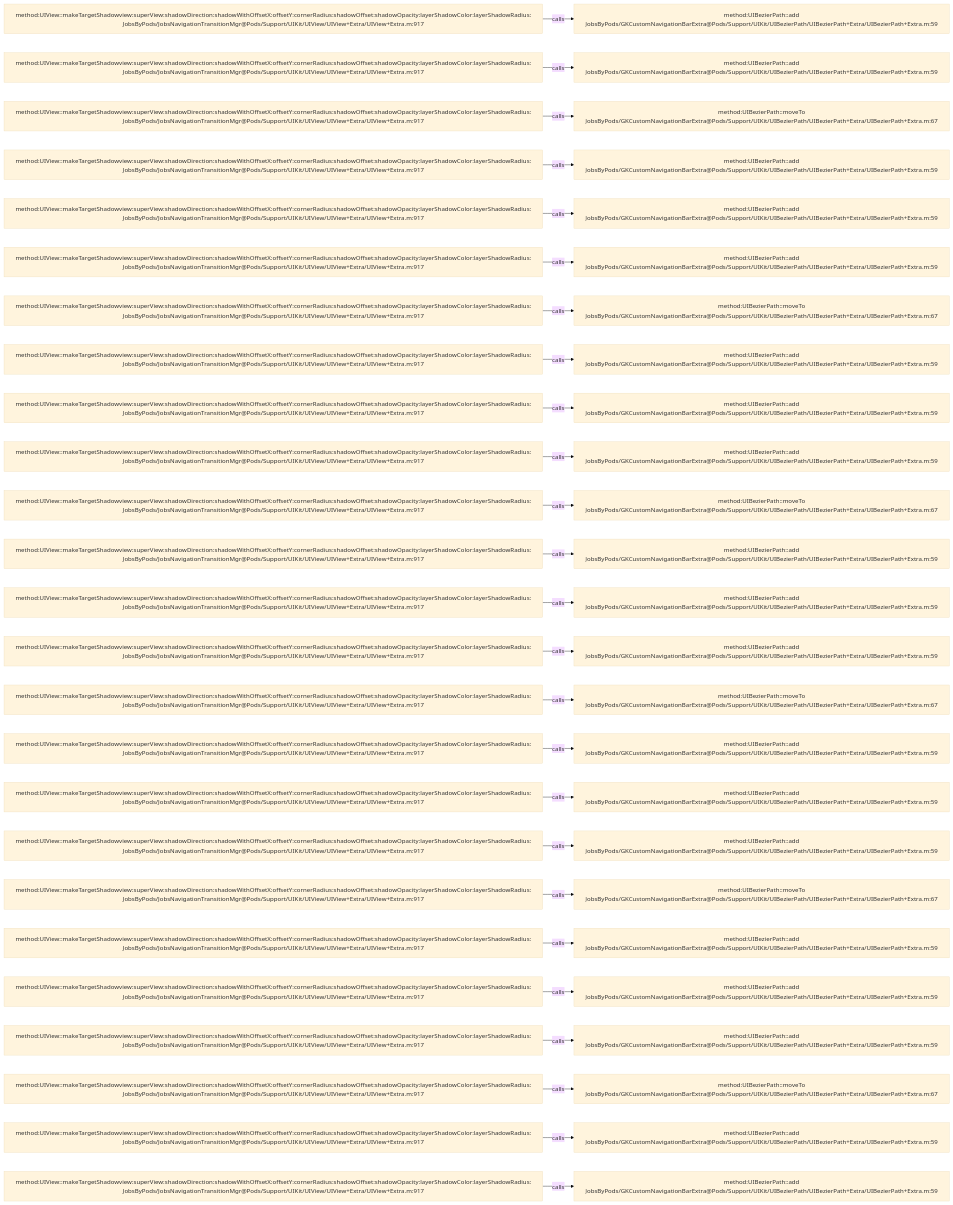
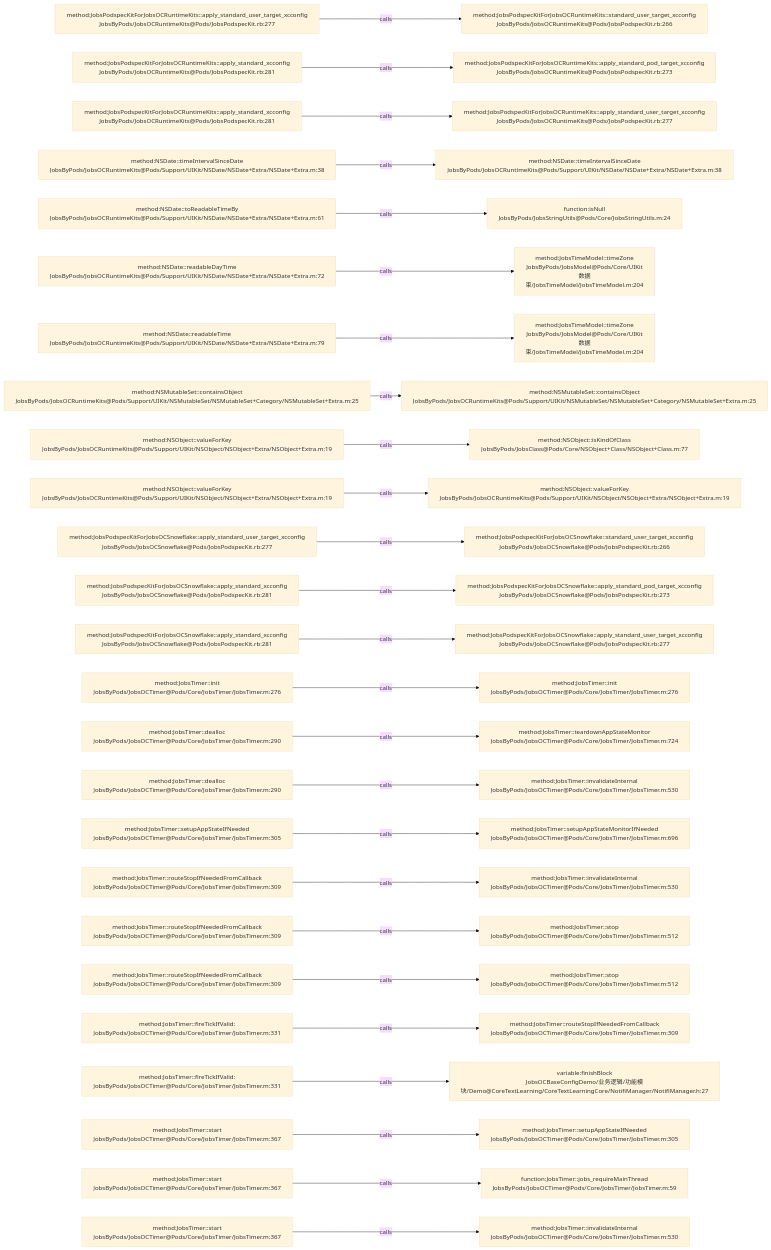
One commit to JobsKits/JobsOCBaseConfigDemo changed the diagram in .codegraph/codegraph.md/graphs/calls-138.md. Above: the diagram before and after it, drawn with Mermaid (base theme). The commit also changed 639 other files, not shown here.

````diff
--- a/.codegraph/codegraph.md/graphs/calls-138.md
+++ b/.codegraph/codegraph.md/graphs/calls-138.md
@@ -13,78 +13,78 @@
 ```mermaid
 flowchart LR
-  S1["method:UIView::makeTargetShadowview:superView:shadowDirection:shadowWithOffsetX:offsetY:cornerRadius:shadowOffset:shadowOpacity:layerShadowColor:layerShadowRadius:<br/>JobsByPods/JobsNavigationTransitionMgr@Pods/Support/UIKit/UIView/UIView+Extra/UIView+Extra.m:917"]
-  T1["method:UIBezierPath::add<br/>JobsByPods/GKCustomNavigationBarExtra@Pods/Support/UIKit/UIBezierPath/UIBezierPath+Extra/UIBezierPath+Extra.m:59"]
+  S1["method:JobsPodspecKitForJobsOCRuntimeKits::apply_standard_user_target_xcconfig<br/>JobsByPods/JobsOCRuntimeKits@Pods/JobsPodspecKit.rb:277"]
+  T1["method:JobsPodspecKitForJobsOCRuntimeKits::standard_user_target_xcconfig<br/>JobsByPods/JobsOCRuntimeKits@Pods/JobsPodspecKit.rb:266"]
   S1 -->|calls| T1
-  S2["method:UIView::makeTargetShadowview:superView:shadowDirection:shadowWithOffsetX:offsetY:cornerRadius:shadowOffset:shadowOpacity:layerShadowColor:layerShadowRadius:<br/>JobsByPods/JobsNavigationTransitionMgr@Pods/Support/UIKit/UIView/UIView+Extra/UIView+Extra.m:917"]
-  T2["method:UIBezierPath::add<br/>JobsByPods/GKCustomNavigationBarExtra@Pods/Support/UIKit/UIBezierPath/UIBezierPath+Extra/UIBezierPath+Extra.m:59"]
+  S2["method:JobsPodspecKitForJobsOCRuntimeKits::apply_standard_xcconfig<br/>JobsByPods/JobsOCRuntimeKits@Pods/JobsPodspecKit.rb:281"]
+  T2["method:JobsPodspecKitForJobsOCRuntimeKits::apply_standard_pod_target_xcconfig<br/>JobsByPods/JobsOCRuntimeKits@Pods/JobsPodspecKit.rb:273"]
   S2 -->|calls| T2
-  S3["method:UIView::makeTargetShadowview:superView:shadowDirection:shadowWithOffsetX:offsetY:cornerRadius:shadowOffset:shadowOpacity:layerShadowColor:layerShadowRadius:<br/>JobsByPods/JobsNavigationTransitionMgr@Pods/Support/UIKit/UIView/UIView+Extra/UIView+Extra.m:917"]
-  T3["method:UIBezierPath::moveTo<br/>JobsByPods/GKCustomNavigationBarExtra@Pods/Support/UIKit/UIBezierPath/UIBezierPath+Extra/UIBezierPath+Extra.m:67"]
+  S3["method:JobsPodspecKitForJobsOCRuntimeKits::apply_standard_xcconfig<br/>JobsByPods/JobsOCRuntimeKits@Pods/JobsPodspecKit.rb:281"]
+  T3["method:JobsPodspecKitForJobsOCRuntimeKits::apply_standard_user_target_xcconfig<br/>JobsByPods/JobsOCRuntimeKits@Pods/JobsPodspecKit.rb:277"]
   S3 -->|calls| T3
-  S4["method:UIView::makeTargetShadowview:superView:shadowDirection:shadowWithOffsetX:offsetY:cornerRadius:shadowOffset:shadowOpacity:layerShadowColor:layerShadowRadius:<br/>JobsByPods/JobsNavigationTransitionMgr@Pods/Support/UIKit/UIView/UIView+Extra/UIView+Extra.m:917"]
-  T4["method:UIBezierPath::add<br/>JobsByPods/GKCustomNavigationBarExtra@Pods/Support/UIKit/UIBezierPath/UIBezierPath+Extra/UIBezierPath+Extra.m:59"]
+  S4["method:NSDate::timeIntervalSinceDate<br/>JobsByPods/JobsOCRuntimeKits@Pods/Support/UIKit/NSDate/NSDate+Extra/NSDate+Extra.m:38"]
+  T4["method:NSDate::timeIntervalSinceDate<br/>JobsByPods/JobsOCRuntimeKits@Pods/Support/UIKit/NSDate/NSDate+Extra/NSDate+Extra.m:38"]
   S4 -->|calls| T4
-  S5["method:UIView::makeTargetShadowview:superView:shadowDirection:shadowWithOffsetX:offsetY:cornerRadius:shadowOffset:shadowOpacity:layerShadowColor:layerShadowRadius:<br/>JobsByPods/JobsNavigationTransitionMgr@Pods/Support/UIKit/UIView/UIView+Extra/UIView+Extra.m:917"]
-  T5["method:UIBezierPath::add<br/>JobsByPods/GKCustomNavigationBarExtra@Pods/Support/UIKit/UIBezierPath/UIBezierPath+Extra/UIBezierPath+Extra.m:59"]
+  S5["method:NSDate::toReadableTimeBy<br/>JobsByPods/JobsOCRuntimeKits@Pods/Support/UIKit/NSDate/NSDate+Extra/NSDate+Extra.m:61"]
+  T5["function:isNull<br/>JobsByPods/JobsStringUtils@Pods/Core/JobsStringUtils.m:24"]
   S5 -->|calls| T5
-  S6["method:UIView::makeTargetShadowview:superView:shadowDirection:shadowWithOffsetX:offsetY:cornerRadius:shadowOffset:shadowOpacity:layerShadowColor:layerShadowRadius:<br/>JobsByPods/JobsNavigationTransitionMgr@Pods/Support/UIKit/UIView/UIView+Extra/UIView+Extra.m:917"]
-  T6["method:UIBezierPath::add<br/>JobsByPods/GKCustomNavigationBarExtra@Pods/Support/UIKit/UIBezierPath/UIBezierPath+Extra/UIBezierPath+Extra.m:59"]
+  S6["method:NSDate::readableDayTime<br/>JobsByPods/JobsOCRuntimeKits@Pods/Support/UIKit/NSDate/NSDate+Extra/NSDate+Extra.m:72"]
+  T6["method:JobsTimeModel::timeZone<br/>JobsByPods/JobsModel@Pods/Core/UIKit数据束/JobsTimeModel/JobsTimeModel.m:204"]
   S6 -->|calls| T6
-  S7["method:UIView::makeTargetShadowview:superView:shadowDirection:shadowWithOffsetX:offsetY:cornerRadius:shadowOffset:shadowOpacity:layerShadowColor:layerShadowRadius:<br/>JobsByPods/JobsNavigationTransitionMgr@Pods/Support/UIKit/UIView/UIView+Extra/UIView+Extra.m:917"]
-  T7["method:UIBezierPath::moveTo<br/>JobsByPods/GKCustomNavigationBarExtra@Pods/Support/UIKit/UIBezierPath/UIBezierPath+Extra/UIBezierPath+Extra.m:67"]
+  S7["method:NSDate::readableTime<br/>JobsByPods/JobsOCRuntimeKits@Pods/Support/UIKit/NSDate/NSDate+Extra/NSDate+Extra.m:79"]
+  T7["method:JobsTimeModel::timeZone<br/>JobsByPods/JobsModel@Pods/Core/UIKit数据束/JobsTimeModel/JobsTimeModel.m:204"]
   S7 -->|calls| T7
-  S8["method:UIView::makeTargetShadowview:superView:shadowDirection:shadowWithOffsetX:offsetY:cornerRadius:shadowOffset:shadowOpacity:layerShadowColor:layerShadowRadius:<br/>JobsByPods/JobsNavigationTransitionMgr@Pods/Support/UIKit/UIView/UIView+Extra/UIView+Extra.m:917"]
-  T8["method:UIBezierPath::add<br/>JobsByPods/GKCustomNavigationBarExtra@Pods/Support/UIKit/UIBezierPath/UIBezierPath+Extra/UIBezierPath+Extra.m:59"]
+  S8["method:NSMutableSet::containsObject<br/>JobsByPods/JobsOCRuntimeKits@Pods/Support/UIKit/NSMutableSet/NSMutableSet+Category/NSMutableSet+Extra.m:25"]
+  T8["method:NSMutableSet::containsObject<br/>JobsByPods/JobsOCRuntimeKits@Pods/Support/UIKit/NSMutableSet/NSMutableSet+Category/NSMutableSet+Extra.m:25"]
   S8 -->|calls| T8
-  S9["method:UIView::makeTargetShadowview:superView:shadowDirection:shadowWithOffsetX:offsetY:cornerRadius:shadowOffset:shadowOpacity:layerShadowColor:layerShadowRadius:<br/>JobsByPods/JobsNavigationTransitionMgr@Pods/Support/UIKit/UIView/UIView+Extra/UIView+Extra.m:917"]
-  T9["method:UIBezierPath::add<br/>JobsByPods/GKCustomNavigationBarExtra@Pods/Support/UIKit/UIBezierPath/UIBezierPath+Extra/UIBezierPath+Extra.m:59"]
+  S9["method:NSObject::valueForKey<br/>JobsByPods/JobsOCRuntimeKits@Pods/Support/UIKit/NSObject/NSObject+Extra/NSObject+Extra.m:19"]
+  T9["method:NSObject::isKindOfClass<br/>JobsByPods/JobsClass@Pods/Core/NSObject+Class/NSObject+Class.m:77"]
   S9 -->|calls| T9
-  S10["method:UIView::makeTargetShadowview:superView:shadowDirection:shadowWithOffsetX:offsetY:cornerRadius:shadowOffset:shadowOpacity:layerShadowColor:layerShadowRadius:<br/>JobsByPods/JobsNavigationTransitionMgr@Pods/Support/UIKit/UIView/UIView+Extra/UIView+Extra.m:917"]
-  T10["method:UIBezierPath::add<br/>JobsByPods/GKCustomNavigationBarExtra@Pods/Support/UIKit/UIBezierPath/UIBezierPath+Extra/UIBezierPath+Extra.m:59"]
+  S10["method:NSObject::valueForKey<br/>JobsByPods/JobsOCRuntimeKits@Pods/Support/UIKit/NSObject/NSObject+Extra/NSObject+Extra.m:19"]
+  T10["method:NSObject::valueForKey<br/>JobsByPods/JobsOCRuntimeKits@Pods/Support/UIKit/NSObject/NSObject+Extra/NSObject+Extra.m:19"]
   S10 -->|calls| T10
-  S11["method:UIView::makeTargetShadowview:superView:shadowDirection:shadowWithOffsetX:offsetY:cornerRadius:shadowOffset:shadowOpacity:layerShadowColor:layerShadowRadius:<br/>JobsByPods/JobsNavigationTransitionMgr@Pods/Support/UIKit/UIView/UIView+Extra/UIView+Extra.m:917"]
-  T11["method:UIBezierPath::moveTo<br/>JobsByPods/GKCustomNavigationBarExtra@Pods/Support/UIKit/UIBezierPath/UIBezierPath+Extra/UIBezierPath+Extra.m:67"]
+  S11["method:JobsPodspecKitForJobsOCSnowflake::apply_standard_user_target_xcconfig<br/>JobsByPods/JobsOCSnowflake@Pods/JobsPodspecKit.rb:277"]
+  T11["method:JobsPodspecKitForJobsOCSnowflake::standard_user_target_xcconfig<br/>JobsByPods/JobsOCSnowflake@Pods/JobsPodspecKit.rb:266"]
   S11 -->|calls| T11
-  S12["method:UIView::makeTargetShadowview:superView:shadowDirection:shadowWithOffsetX:offsetY:cornerRadius:shadowOffset:shadowOpacity:layerShadowColor:layerShadowRadius:<br/>JobsByPods/JobsNavigationTransitionMgr@Pods/Support/UIKit/UIView/UIView+Extra/UIView+Extra.m:917"]
-  T12["method:UIBezierPath::add<br/>JobsByPods/GKCustomNavigationBarExtra@Pods/Support/UIKit/UIBezierPath/UIBezierPath+Extra/UIBezierPath+Extra.m:59"]
+  S12["method:JobsPodspecKitForJobsOCSnowflake::apply_standard_xcconfig<br/>JobsByPods/JobsOCSnowflake@Pods/JobsPodspecKit.rb:281"]
+  T12["method:JobsPodspecKitForJobsOCSnowflake::apply_standard_pod_target_xcconfig<br/>JobsByPods/JobsOCSnowflake@Pods/JobsPodspecKit.rb:273"]
   S12 -->|calls| T12
-  S13["method:UIView::makeTargetShadowview:superView:shadowDirection:shadowWithOffsetX:offsetY:cornerRadius:shadowOffset:shadowOpacity:layerShadowColor:layerShadowRadius:<br/>JobsByPods/JobsNavigationTransitionMgr@Pods/Support/UIKit/UIView/UIView+Extra/UIView+Extra.m:917"]
-  T13["method:UIBezierPath::add<br/>JobsByPods/GKCustomNavigationBarExtra@Pods/Support/UIKit/UIBezierPath/UIBezierPath+Extra/UIBezierPath+Extra.m:59"]
+  S13["method:JobsPodspecKitForJobsOCSnowflake::apply_standard_xcconfig<br/>JobsByPods/JobsOCSnowflake@Pods/JobsPodspecKit.rb:281"]
+  T13["method:JobsPodspecKitForJobsOCSnowflake::apply_standard_user_target_xcconfig<br/>JobsByPods/JobsOCSnowflake@Pods/JobsPodspecKit.rb:277"]
   S13 -->|calls| T13
-  S14["method:UIView::makeTargetShadowview:superView:shadowDirection:shadowWithOffsetX:offsetY:cornerRadius:shadowOffset:shadowOpacity:layerShadowColor:layerShadowRadius:<br/>JobsByPods/JobsNavigationTransitionMgr@Pods/Support/UIKit/UIView/UIView+Extra/UIView+Extra.m:917"]
-  T14["method:UIBezierPath::add<br/>JobsByPods/GKCustomNavigationBarExtra@Pods/Support/UIKit/UIBezierPath/UIBezierPath+Extra/UIBezierPath+Extra.m:59"]
+  S14["method:JobsTimer::init<br/>JobsByPods/JobsOCTimer@Pods/Core/JobsTimer/JobsTimer.m:276"]
+  T14["method:JobsTimer::init<br/>JobsByPods/JobsOCTimer@Pods/Core/JobsTimer/JobsTimer.m:276"]
   S14 -->|calls| T14
-  S15["method:UIView::makeTargetShadowview:superView:shadowDirection:shadowWithOffsetX:offsetY:cornerRadius:shadowOffset:shadowOpacity:layerShadowColor:layerShadowRadius:<br/>JobsByPods/JobsNavigationTransitionMgr@Pods/Support/UIKit/UIView/UIView+Extra/UIView+Extra.m:917"]
-  T15["method:UIBezierPath::moveTo<br/>JobsByPods/GKCustomNavigationBarExtra@Pods/Support/UIKit/UIBezierPath/UIBezierPath+Extra/UIBezierPath+Extra.m:67"]
+  S15["method:JobsTimer::dealloc<br/>JobsByPods/JobsOCTimer@Pods/Core/JobsTimer/JobsTimer.m:290"]
+  T15["method:JobsTimer::teardownAppStateMonitor<br/>JobsByPods/JobsOCTimer@Pods/Core/JobsTimer/JobsTimer.m:724"]
   S15 -->|calls| T15
-  S16["method:UIView::makeTargetShadowview:superView:shadowDirection:shadowWithOffsetX:offsetY:cornerRadius:shadowOffset:shadowOpacity:layerShadowColor:layerShadowRadius:<br/>JobsByPods/JobsNavigationTransitionMgr@Pods/Support/UIKit/UIView/UIView+Extra/UIView+Extra.m:917"]
-  T16["method:UIBezierPath::add<br/>JobsByPods/GKCustomNavigationBarExtra@Pods/Support/UIKit/UIBezierPath/UIBezierPath+Extra/UIBezierPath+Extra.m:59"]
+  S16["method:JobsTimer::dealloc<br/>JobsByPods/JobsOCTimer@Pods/Core/JobsTimer/JobsTimer.m:290"]
+  T16["method:JobsTimer::invalidateInternal<br/>JobsByPods/JobsOCTimer@Pods/Core/JobsTimer/JobsTimer.m:530"]
   S16 -->|calls| T16
-  S17["method:UIView::makeTargetShadowview:superView:shadowDirection:shadowWithOffsetX:offsetY:cornerRadius:shadowOffset:shadowOpacity:layerShadowColor:layerShadowRadius:<br/>JobsByPods/JobsNavigationTransitionMgr@Pods/Support/UIKit/UIView/UIView+Extra/UIView+Extra.m:917"]
-  T17["method:UIBezierPath::add<br/>JobsByPods/GKCustomNavigationBarExtra@Pods/Support/UIKit/UIBezierPath/UIBezierPath+Extra/UIBezierPath+Extra.m:59"]
+  S17["method:JobsTimer::setupAppStateIfNeeded<br/>JobsByPods/JobsOCTimer@Pods/Core/JobsTimer/JobsTimer.m:305"]
+  T17["method:JobsTimer::setupAppStateMonitorIfNeeded<br/>JobsByPods/JobsOCTimer@Pods/Core/JobsTimer/JobsTimer.m:696"]
   S17 -->|calls| T17
-  S18["method:UIView::makeTargetShadowview:superView:shadowDirection:shadowWithOffsetX:offsetY:cornerRadius:shadowOffset:shadowOpacity:layerShadowColor:layerShadowRadius:<br/>JobsByPods/JobsNavigationTransitionMgr@Pods/Support/UIKit/UIView/UIView+Extra/UIView+Extra.m:917"]
-  T18["method:UIBezierPath::add<br/>JobsByPods/GKCustomNavigationBarExtra@Pods/Support/UIKit/UIBezierPath/UIBezierPath+Extra/UIBezierPath+Extra.m:59"]
+  S18["method:JobsTimer::routeStopIfNeededFromCallback<br/>JobsByPods/JobsOCTimer@Pods/Core/JobsTimer/JobsTimer.m:309"]
+  T18["method:JobsTimer::invalidateInternal<br/>JobsByPods/JobsOCTimer@Pods/Core/JobsTimer/JobsTimer.m:530"]
   S18 -->|calls| T18
-  S19["method:UIView::makeTargetShadowview:superView:shadowDirection:shadowWithOffsetX:offsetY:cornerRadius:shadowOffset:shadowOpacity:layerShadowColor:layerShadowRadius:<br/>JobsByPods/JobsNavigationTransitionMgr@Pods/Support/UIKit/UIView/UIView+Extra/UIView+Extra.m:917"]
-  T19["method:UIBezierPath::moveTo<br/>JobsByPods/GKCustomNavigationBarExtra@Pods/Support/UIKit/UIBezierPath/UIBezierPath+Extra/UIBezierPath+Extra.m:67"]
+  S19["method:JobsTimer::routeStopIfNeededFromCallback<br/>JobsByPods/JobsOCTimer@Pods/Core/JobsTimer/JobsTimer.m:309"]
+  T19["method:JobsTimer::stop<br/>JobsByPods/JobsOCTimer@Pods/Core/JobsTimer/JobsTimer.m:512"]
   S19 -->|calls| T19
-  S20["method:UIView::makeTargetShadowview:superView:shadowDirection:shadowWithOffsetX:offsetY:cornerRadius:shadowOffset:shadowOpacity:layerShadowColor:layerShadowRadius:<br/>JobsByPods/JobsNavigationTransitionMgr@Pods/Support/UIKit/UIView/UIView+Extra/UIView+Extra.m:917"]
-  T20["method:UIBezierPath::add<br/>JobsByPods/GKCustomNavigationBarExtra@Pods/Support/UIKit/UIBezierPath/UIBezierPath+Extra/UIBezierPath+Extra.m:59"]
+  S20["method:JobsTimer::routeStopIfNeededFromCallback<br/>JobsByPods/JobsOCTimer@Pods/Core/JobsTimer/JobsTimer.m:309"]
+  T20["method:JobsTimer::stop<br/>JobsByPods/JobsOCTimer@Pods/Core/JobsTimer/JobsTimer.m:512"]
   S20 -->|calls| T20
-  S21["method:UIView::makeTargetShadowview:superView:shadowDirection:shadowWithOffsetX:offsetY:cornerRadius:shadowOffset:shadowOpacity:layerShadowColor:layerShadowRadius:<br/>JobsByPods/JobsNavigationTransitionMgr@Pods/Support/UIKit/UIView/UIView+Extra/UIView+Extra.m:917"]
-  T21["method:UIBezierPath::add<br/>JobsByPods/GKCustomNavigationBarExtra@Pods/Support/UIKit/UIBezierPath/UIBezierPath+Extra/UIBezierPath+Extra.m:59"]
+  S21["method:JobsTimer::fireTickIfValid:<br/>JobsByPods/JobsOCTimer@Pods/Core/JobsTimer/JobsTimer.m:331"]
+  T21["method:JobsTimer::routeStopIfNeededFromCallback<br/>JobsByPods/JobsOCTimer@Pods/Core/JobsTimer/JobsTimer.m:309"]
   S21 -->|calls| T21
-  S22["method:UIView::makeTargetShadowview:superView:shadowDirection:shadowWithOffsetX:offsetY:cornerRadius:shadowOffset:shadowOpacity:layerShadowColor:layerShadowRadius:<br/>JobsByPods/JobsNavigationTransitionMgr@Pods/Support/UIKit/UIView/UIView+Extra/UIView+Extra.m:917"]
-  T22["method:UIBezierPath::add<br/>JobsByPods/GKCustomNavigationBarExtra@Pods/Support/UIKit/UIBezierPath/UIBezierPath+Extra/UIBezierPath+Extra.m:59"]
+  S22["method:JobsTimer::fireTickIfValid:<br/>JobsByPods/JobsOCTimer@Pods/Core/JobsTimer/JobsTimer.m:331"]
+  T22["variable:finishBlock<br/>JobsOCBaseConfigDemo/业务逻辑/功能模块/Demo@CoreTextLearning/CoreTextLearningCore/NotifiManager/NotifiManager.h:27"]
   S22 -->|calls| T22
-  S23["method:UIView::makeTargetShadowview:superView:shadowDirection:shadowWithOffsetX:offsetY:cornerRadius:shadowOffset:shadowOpacity:layerShadowColor:layerShadowRadius:<br/>JobsByPods/JobsNavigationTransitionMgr@Pods/Support/UIKit/UIView/UIView+Extra/UIView+Extra.m:917"]
-  T23["method:UIBezierPath::moveTo<br/>JobsByPods/GKCustomNavigationBarExtra@Pods/Support/UIKit/UIBezierPath/UIBezierPath+Extra/UIBezierPath+Extra.m:67"]
+  S23["method:JobsTimer::start<br/>JobsByPods/JobsOCTimer@Pods/Core/JobsTimer/JobsTimer.m:367"]
+  T23["method:JobsTimer::setupAppStateIfNeeded<br/>JobsByPods/JobsOCTimer@Pods/Core/JobsTimer/JobsTimer.m:305"]
   S23 -->|calls| T23
-  S24["method:UIView::makeTargetShadowview:superView:shadowDirection:shadowWithOffsetX:offsetY:cornerRadius:shadowOffset:shadowOpacity:layerShadowColor:layerShadowRadius:<br/>JobsByPods/JobsNavigationTransitionMgr@Pods/Support/UIKit/UIView/UIView+Extra/UIView+Extra.m:917"]
-  T24["method:UIBezierPath::add<br/>JobsByPods/GKCustomNavigationBarExtra@Pods/Support/UIKit/UIBezierPath/UIBezierPath+Extra/UIBezierPath+Extra.m:59"]
+  S24["method:JobsTimer::start<br/>JobsByPods/JobsOCTimer@Pods/Core/JobsTimer/JobsTimer.m:367"]
+  T24["function:JobsTimer::jobs_requireMainThread<br/>JobsByPods/JobsOCTimer@Pods/Core/JobsTimer/JobsTimer.m:59"]
   S24 -->|calls| T24
-  S25["method:UIView::makeTargetShadowview:superView:shadowDirection:shadowWithOffsetX:offsetY:cornerRadius:shadowOffset:shadowOpacity:layerShadowColor:layerShadowRadius:<br/>JobsByPods/JobsNavigationTransitionMgr@Pods/Support/UIKit/UIView/UIView+Extra/UIView+Extra.m:917"]
-  T25["method:UIBezierPath::add<br/>JobsByPods/GKCustomNavigationBarExtra@Pods/Support/UIKit/UIBezierPath/UIBezierPath+Extra/UIBezierPath+Extra.m:59"]
+  S25["method:JobsTimer::start<br/>JobsByPods/JobsOCTimer@Pods/Core/JobsTimer/JobsTimer.m:367"]
+  T25["method:JobsTimer::invalidateInternal<br/>JobsByPods/JobsOCTimer@Pods/Core/JobsTimer/JobsTimer.m:530"]
   S25 -->|calls| T25
 ```
````
